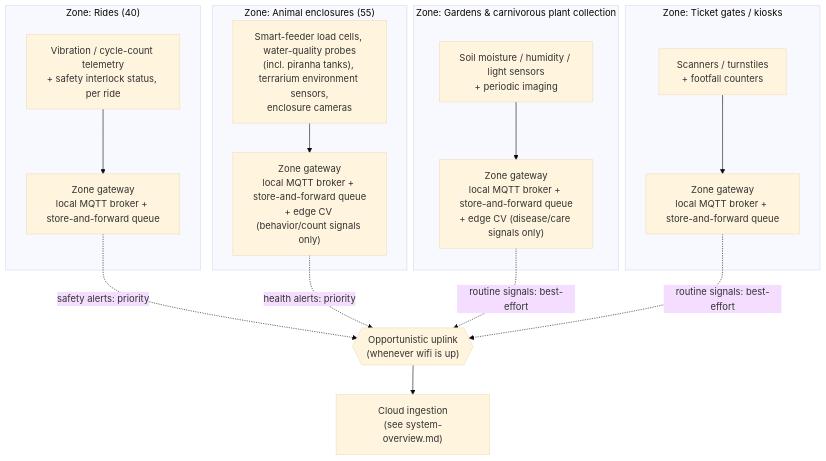
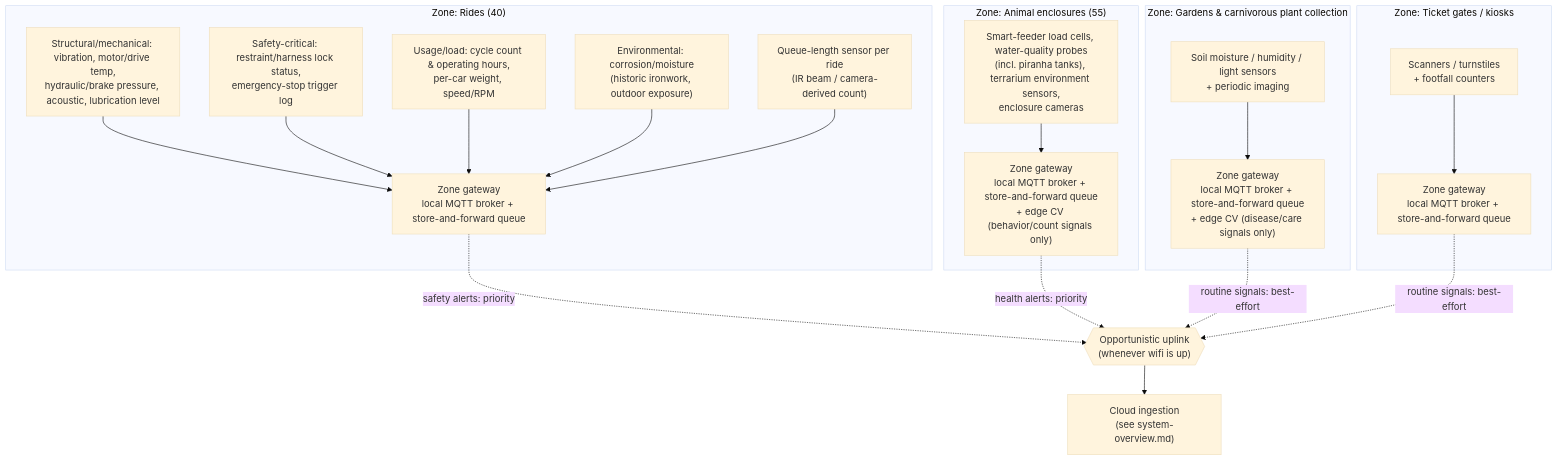
The diagram in docs/diagrams/onsite-edge.md (alashti/stormrider-arch-katas), drawn with Mermaid (base theme) before and after one commit. The commit also changed other lines of this file and 9 other files, not shown here.

````diff
--- a/docs/diagrams/onsite-edge.md
+++ b/docs/diagrams/onsite-edge.md
@@ -7,35 +7,43 @@
 ```mermaid
 flowchart TB
     subgraph RidesZone["Zone: Rides (40)"]
-        RideSensors["Vibration / cycle-count telemetry\n+ safety interlock status, per ride"]
+        RideMech["Structural/mechanical: vibration, motor/drive temp,\nhydraulic/brake pressure, acoustic, lubrication level"]
+        RideSafety["Safety-critical: restraint/harness lock status,\nemergency-stop trigger log"]
+        RideUsage["Usage/load: cycle count & operating hours,\nper-car weight, speed/RPM"]
+        RideEnv["Environmental: corrosion/moisture\n(historic ironwork, outdoor exposure)"]
+        RideQueue["Queue-length sensor per ride\n(IR beam / camera-derived count)"]
         RideGW["Zone gateway\nlocal MQTT broker + store-and-forward queue"]
-        RideSensors --> RideGW
+        RideMech --> RideGW
+        RideSafety --> RideGW
+        RideUsage --> RideGW
+        RideEnv --> RideGW
+        RideQueue --> RideGW
     end
 
     subgraph AnimalZone["Zone: Animal enclosures (55)"]
         AnimalSensors["Smart-feeder load cells, water-quality probes\n(incl. piranha tanks), terrarium environment sensors,\nenclosure cameras"]
         AnimalGW["Zone gateway\nlocal MQTT broker + store-and-forward queue\n+ edge CV (behavior/count signals only)"]
         AnimalSensors --> AnimalGW
     end
 
     subgraph GardenZone["Zone: Gardens & carnivorous plant collection"]
         GardenSensors["Soil moisture / humidity / light sensors\n+ periodic imaging"]
         GardenGW["Zone gateway\nlocal MQTT broker + store-and-forward queue\n+ edge CV (disease/care signals only)"]
         GardenSensors --> GardenGW
     end
 
     subgraph GateZone["Zone: Ticket gates / kiosks"]
         GateSensors["Scanners / turnstiles\n+ footfall counters"]
         GateGW["Zone gateway\nlocal MQTT broker + store-and-forward queue"]
         GateSensors --> GateGW
     end
 
     Uplink{{"Opportunistic uplink\n(whenever wifi is up)"}}
     CloudPlatform["Cloud ingestion\n(see system-overview.md)"]
 
     RideGW -.->|"safety alerts: priority"| Uplink
     AnimalGW -.->|"health alerts: priority"| Uplink
     GardenGW -.->|"routine signals: best-effort"| Uplink
     GateGW -.->|"routine signals: best-effort"| Uplink
     Uplink --> CloudPlatform
 ```
````
